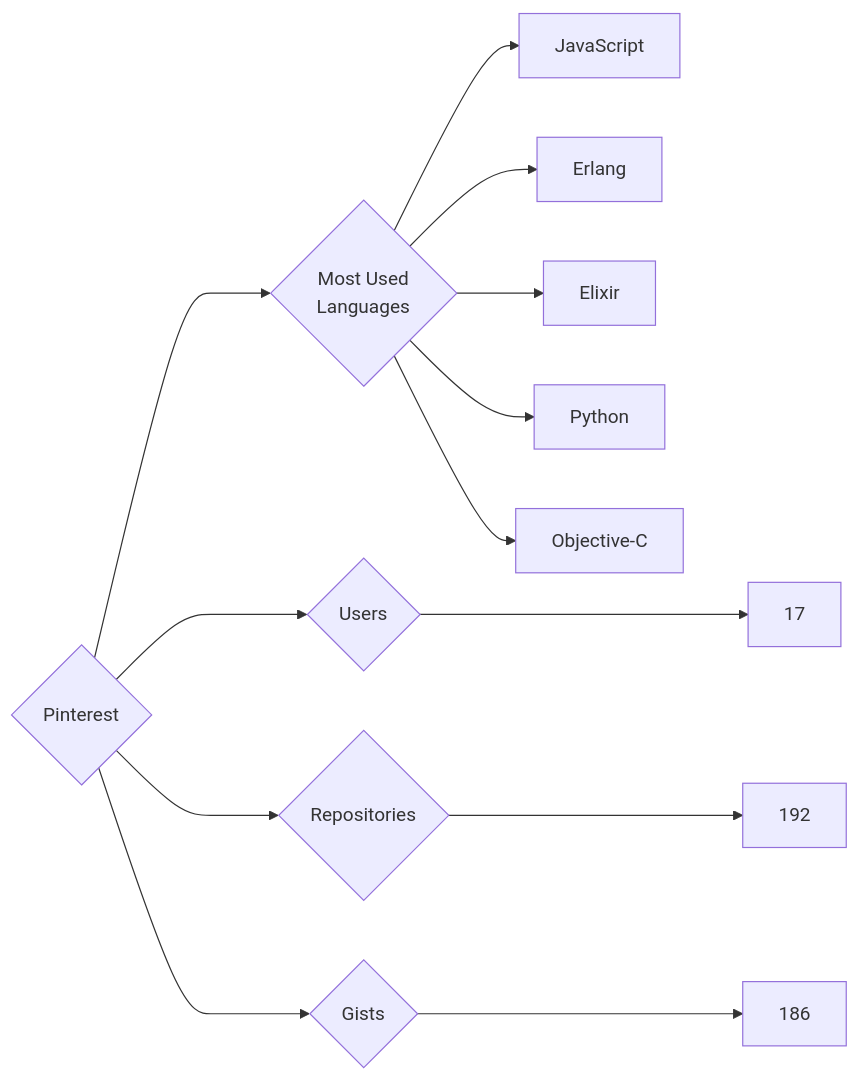
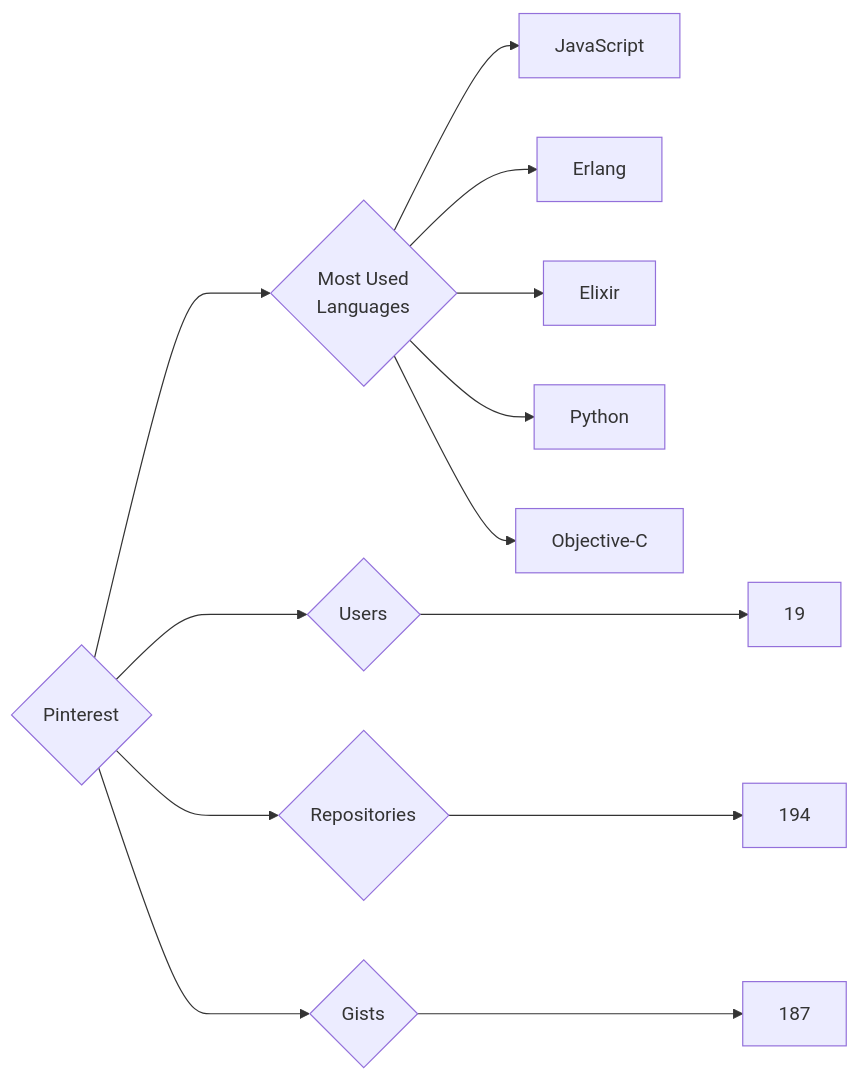
Before and after one commit to trickest/insiders: the diagram in targets/Pinterest/README.md, drawn with Mermaid. The commit also changed 860 other files, not shown here.

````diff
--- a/targets/Pinterest/README.md
+++ b/targets/Pinterest/README.md
@@ -3,13 +3,13 @@
 ```mermaid
 graph LR
 COMPANY_NAME{Pinterest}
-COMPANY_NAME ---> U{Users} ---> UN[17]
-COMPANY_NAME ---> R{Repositories} ---> RN[192]
-COMPANY_NAME ---> G{Gists} ---> GN[186]
+COMPANY_NAME ---> U{Users} ---> UN[19]
+COMPANY_NAME ---> R{Repositories} ---> RN[194]
+COMPANY_NAME ---> G{Gists} ---> GN[187]
 COMPANY_NAME ---> ML{Most Used<br>Languages}
 ML --> JavaScript[JavaScript]
 ML --> Erlang[Erlang]
 ML --> Elixir[Elixir]
 ML --> Python[Python]
 ML --> Objective-C[Objective-C]
 ```
````
